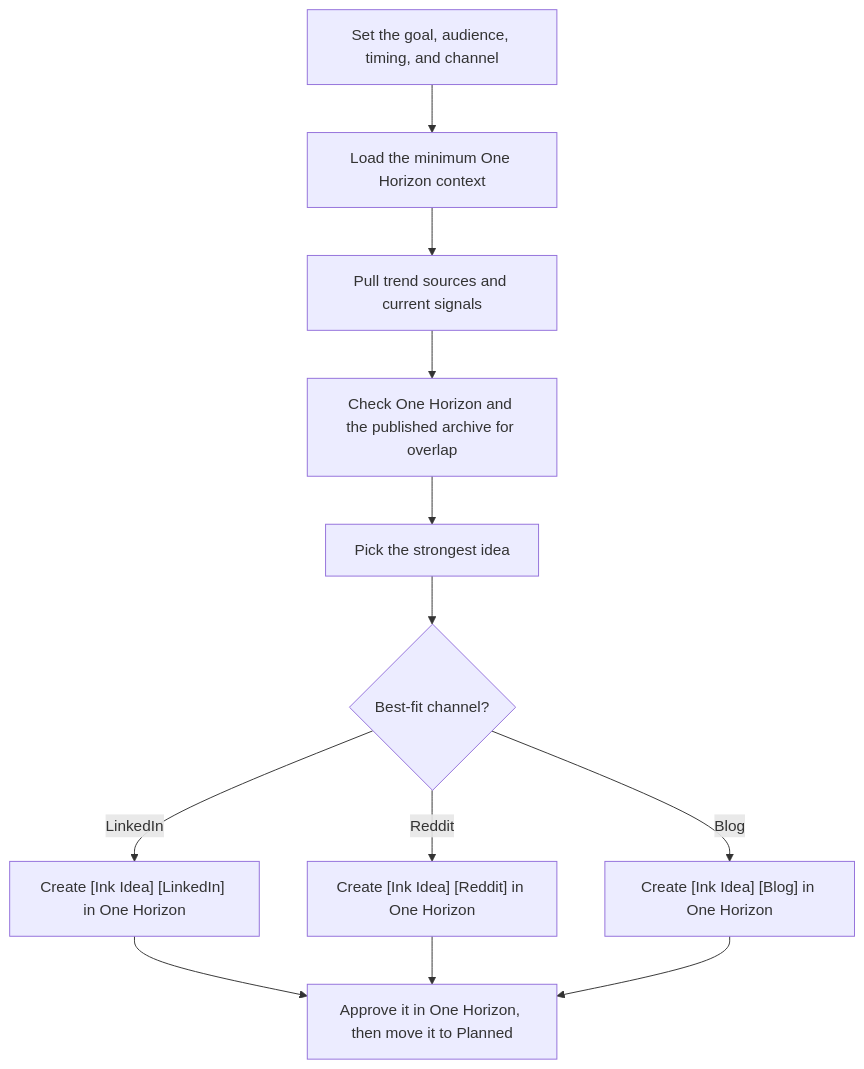
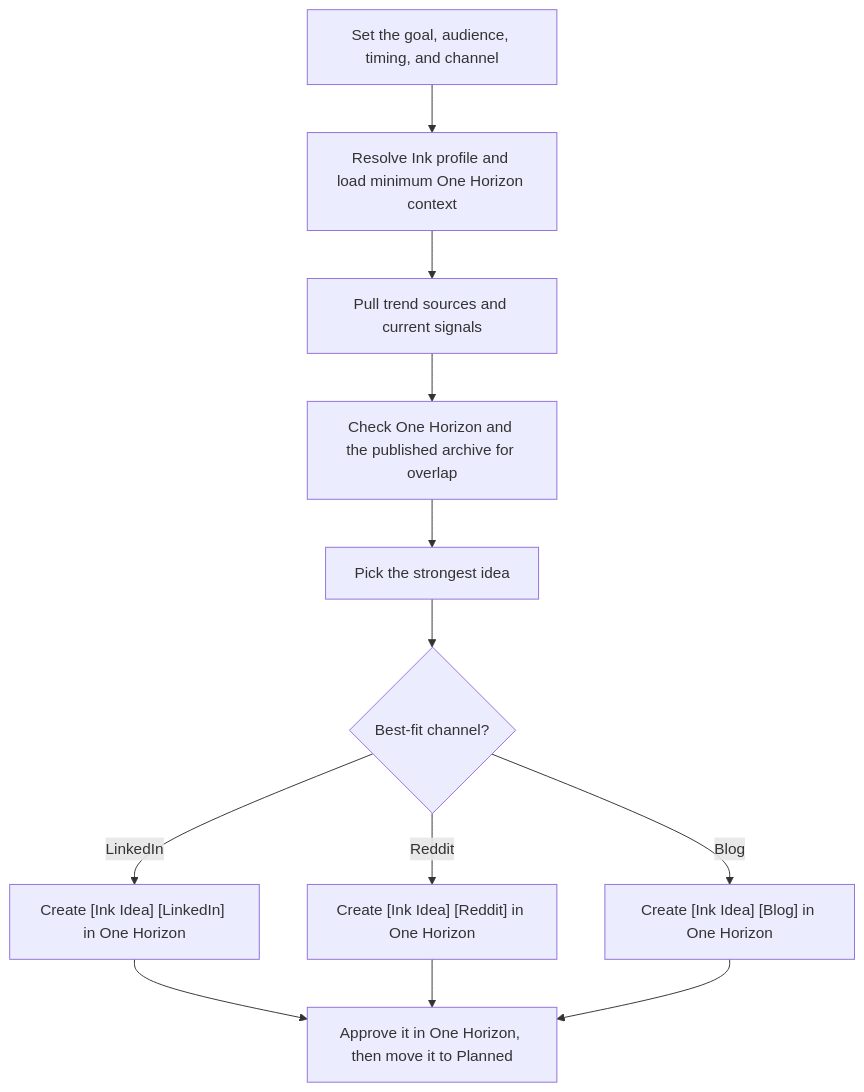
Before and after one commit to onehorizonai/ink: the first of 4 diagrams in README.md, drawn with Mermaid. The commit also changed other lines of this file and 73 other files, not shown here.

````diff
--- a/README.md
+++ b/README.md
@@ -168,14 +193,14 @@
 ```mermaid
 flowchart TD
-    A["Set the goal, audience, timing, and channel"] --> B["Load the minimum One Horizon context"]
+    A["Set the goal, audience, timing, and channel"] --> B["Resolve Ink profile and load minimum One Horizon context"]
     B --> C["Pull trend sources and current signals"]
     C --> D["Check One Horizon and the published archive for overlap"]
     D --> E["Pick the strongest idea"]
     E --> F{"Best-fit channel?"}
     F -- "LinkedIn" --> G["Create [Ink Idea] [LinkedIn] in One Horizon"]
     F -- "Reddit" --> H["Create [Ink Idea] [Reddit] in One Horizon"]
     F -- "Blog" --> I["Create [Ink Idea] [Blog] in One Horizon"]
     G --> J["Approve it in One Horizon, then move it to Planned"]
     H --> J
     I --> J
 ```
````
